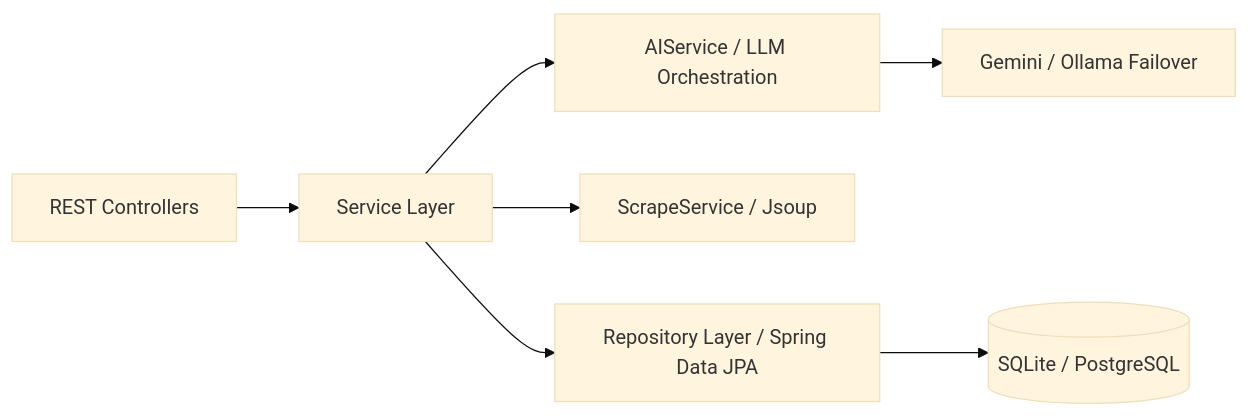
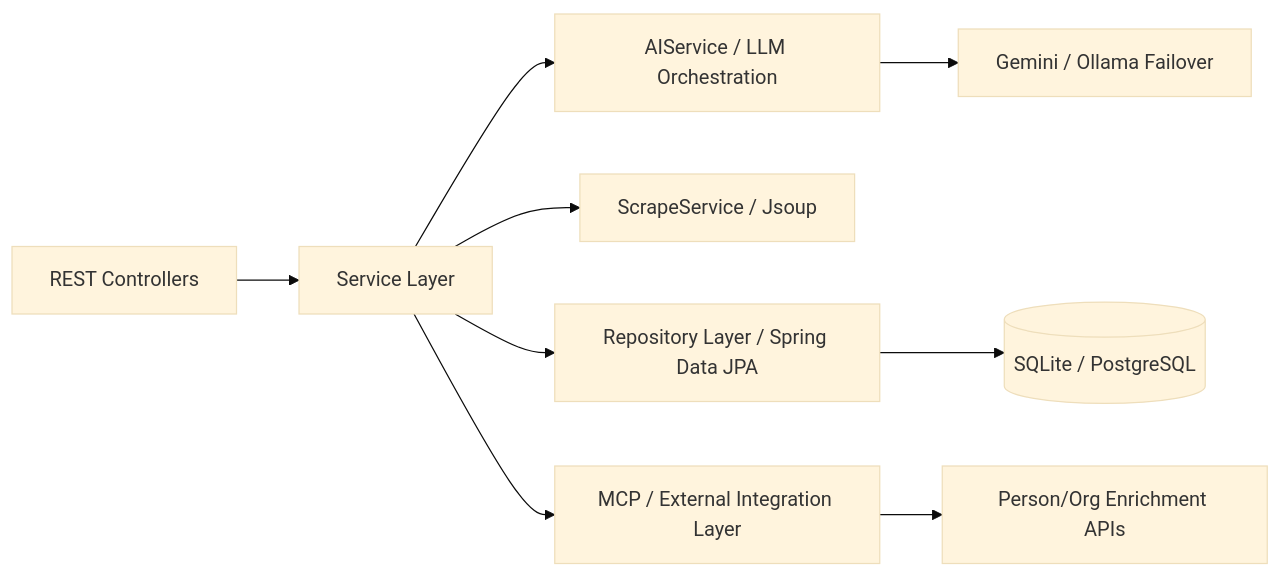
One commit to kbi101/20260218 changed the third of 3 diagrams in docs/ARCHITECTURE.md. Above: the diagram before and after it, drawn with Mermaid (base theme). The commit also changed other lines of this file, not shown here.

Commit message:
Integrated MCP-based Person and Organization enrichment layer into architecture.

````diff
--- a/docs/ARCHITECTURE.md
+++ b/docs/ARCHITECTURE.md
@@ -132,10 +132,12 @@
 ```mermaid
 graph LR
     API[REST Controllers] --> Service[Service Layer]
     Service --> AI[AIService / LLM Orchestration]
     Service --> Scraper[ScrapeService / Jsoup]
     Service --> Repo[Repository Layer / Spring Data JPA]
     Repo --> DB[(SQLite / PostgreSQL)]
     
     AI --> Provider[Gemini / Ollama Failover]
+    Service --> MCP[MCP / External Integration Layer]
+    MCP --> Enrichment[Person/Org Enrichment APIs]
 ```
````
